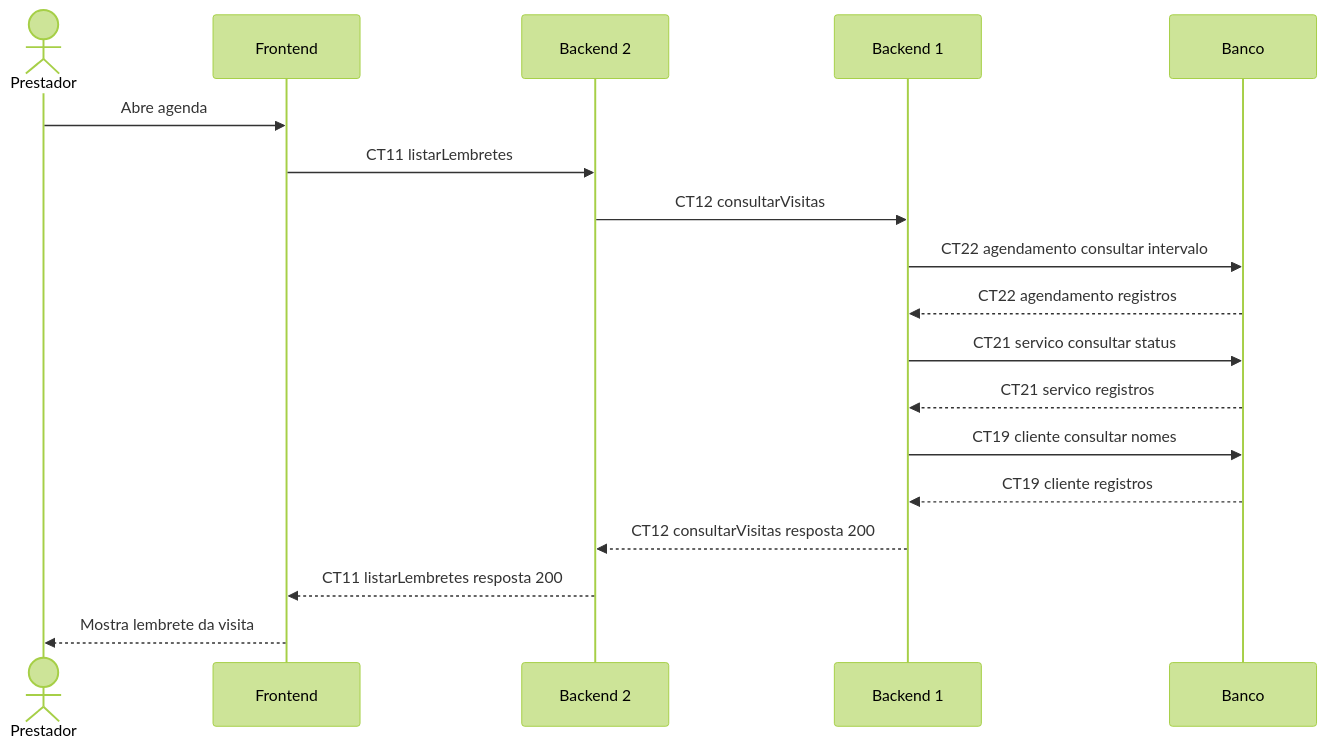
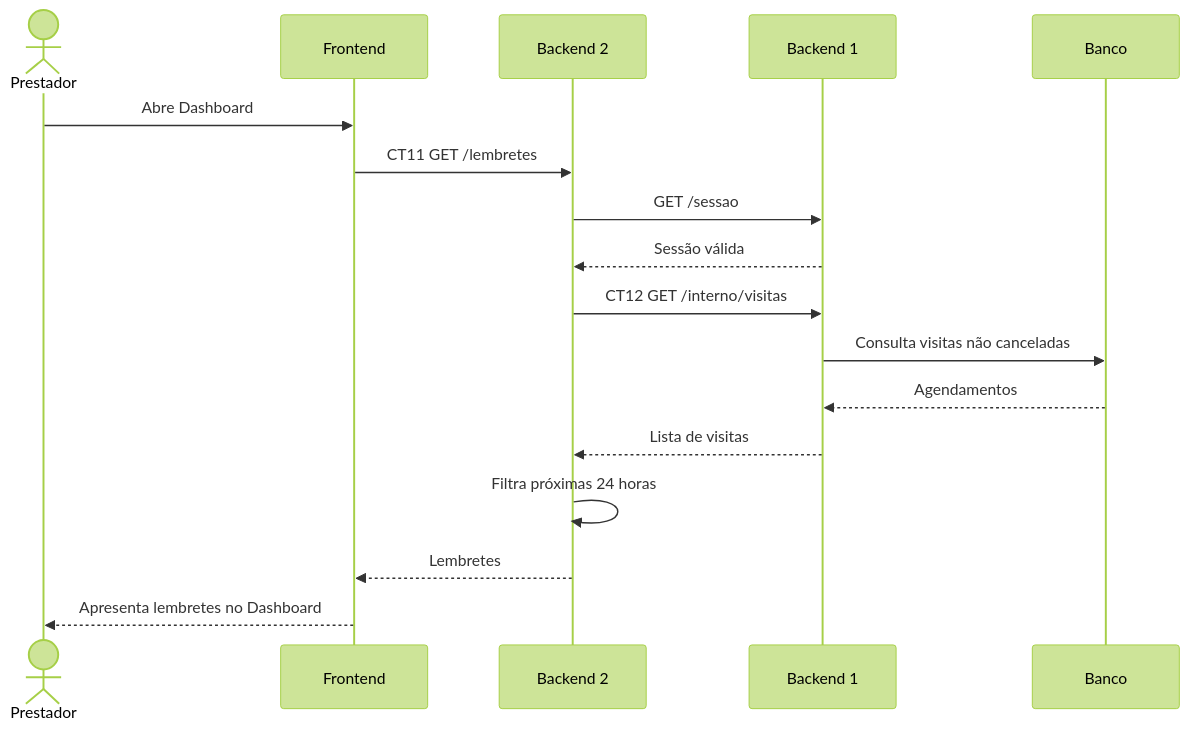
The diagram in pi4-0102-g3-frontend/docs/fluxos/E7.md (vnsete/pi4-0102-g3-frontend), drawn with Mermaid (forest theme) before and after one commit. The commit also changed other lines of this file, not shown here.

````diff
--- a/pi4-0102-g3-frontend/docs/fluxos/E7.md
+++ b/pi4-0102-g3-frontend/docs/fluxos/E7.md
@@ -18,20 +21,20 @@
 ```mermaid
 sequenceDiagram
     actor P as Prestador
     participant F as Frontend
     participant B2 as Backend 2
     participant B1 as Backend 1
     participant DB as Banco
-    P->>F: Abre agenda
-    F->>B2: CT11 listarLembretes
-    B2->>B1: CT12 consultarVisitas
-    B1->>DB: CT22 agendamento consultar intervalo
-    DB-->>B1: CT22 agendamento registros
-    B1->>DB: CT21 servico consultar status
-    DB-->>B1: CT21 servico registros
-    B1->>DB: CT19 cliente consultar nomes
-    DB-->>B1: CT19 cliente registros
-    B1-->>B2: CT12 consultarVisitas resposta 200
-    B2-->>F: CT11 listarLembretes resposta 200
-    F-->>P: Mostra lembrete da visita
+
+    P->>F: Abre Dashboard
+    F->>B2: CT11 GET /lembretes
+    B2->>B1: GET /sessao
+    B1-->>B2: Sessão válida
+    B2->>B1: CT12 GET /interno/visitas
+    B1->>DB: Consulta visitas não canceladas
+    DB-->>B1: Agendamentos
+    B1-->>B2: Lista de visitas
+    B2->>B2: Filtra próximas 24 horas
+    B2-->>F: Lembretes
+    F-->>P: Apresenta lembretes no Dashboard
 ```
````
